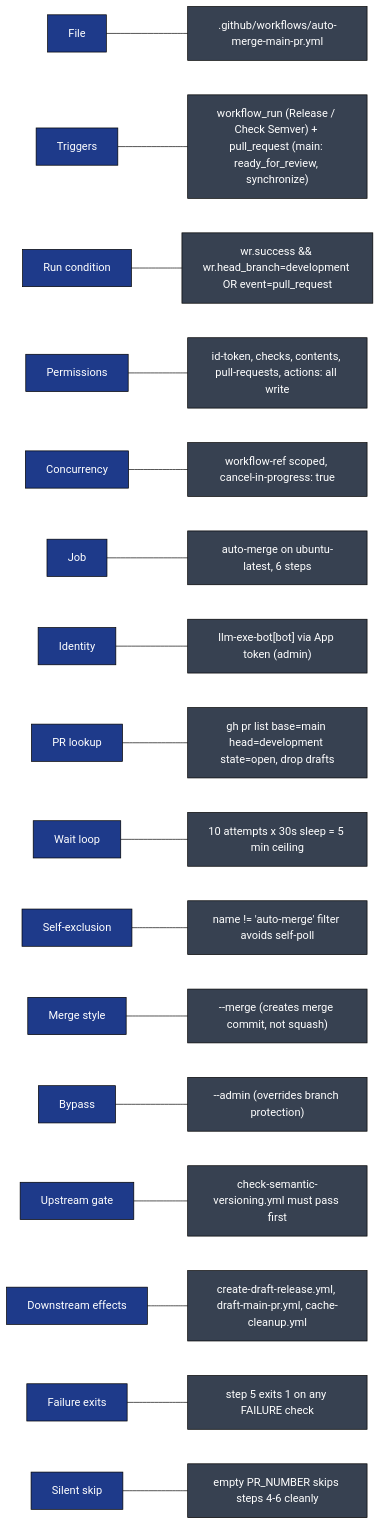
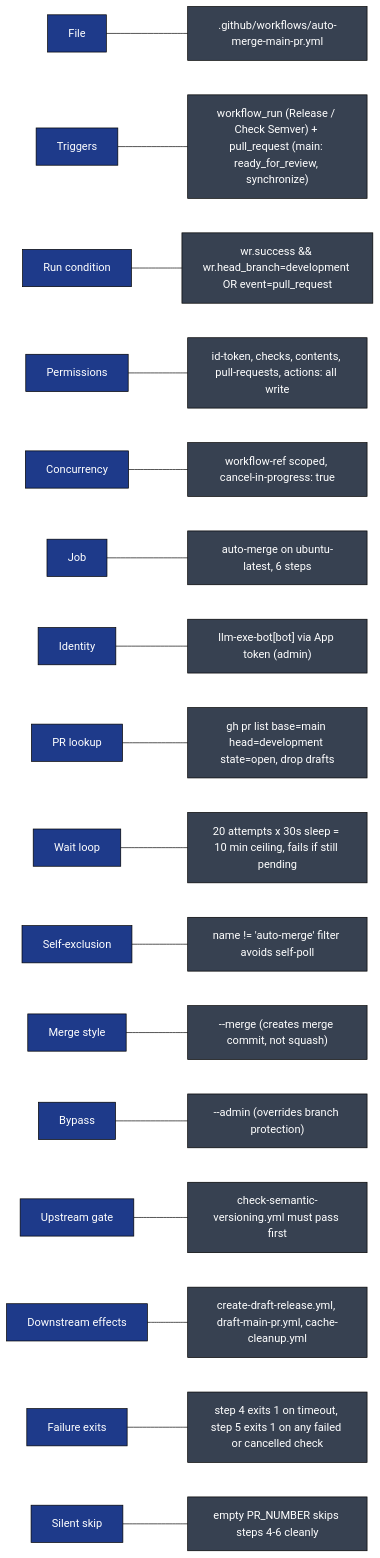
Before and after one commit to llm-exe/llm-exe: diagram 13 of 13 in .github/docs/AUTO_MERGE_MAIN_PR_DEEP_DIVE.md, drawn with Mermaid (base theme). The commit also changed other lines of this file and 2 other files, not shown here.

First line of the commit message:
ci(auto-merge): wait for queued checks and fail closed on timeout

````diff
--- a/.github/docs/AUTO_MERGE_MAIN_PR_DEEP_DIVE.md
+++ b/.github/docs/AUTO_MERGE_MAIN_PR_DEEP_DIVE.md
@@ -536,22 +537,22 @@
 ```mermaid
 flowchart LR
     classDef k fill:#1e3a8a,color:#fff,stroke:#000
     classDef v fill:#374151,color:#fff,stroke:#000
 
     K1["File"]:::k --- V1[".github/workflows/auto-merge-main-pr.yml"]:::v
     K2["Triggers"]:::k --- V2["workflow_run (Release / Check Semver) + pull_request (main: ready_for_review, synchronize)"]:::v
     K3["Run condition"]:::k --- V3["wr.success && wr.head_branch=development OR event=pull_request"]:::v
     K4["Permissions"]:::k --- V4["id-token, checks, contents, pull-requests, actions: all write"]:::v
     K5["Concurrency"]:::k --- V5["workflow-ref scoped, cancel-in-progress: true"]:::v
     K6["Job"]:::k --- V6["auto-merge on ubuntu-latest, 6 steps"]:::v
     K7["Identity"]:::k --- V7["llm-exe-bot[bot] via App token (admin)"]:::v
     K8["PR lookup"]:::k --- V8["gh pr list base=main head=development state=open, drop drafts"]:::v
-    K9["Wait loop"]:::k --- V9["10 attempts x 30s sleep = 5 min ceiling"]:::v
+    K9["Wait loop"]:::k --- V9["20 attempts x 30s sleep = 10 min ceiling, fails if still pending"]:::v
     K10["Self-exclusion"]:::k --- V10["name != 'auto-merge' filter avoids self-poll"]:::v
     K11["Merge style"]:::k --- V11["--merge (creates merge commit, not squash)"]:::v
     K12["Bypass"]:::k --- V12["--admin (overrides branch protection)"]:::v
     K13["Upstream gate"]:::k --- V13["check-semantic-versioning.yml must pass first"]:::v
     K14["Downstream effects"]:::k --- V14["create-draft-release.yml, draft-main-pr.yml, cache-cleanup.yml"]:::v
-    K15["Failure exits"]:::k --- V15["step 5 exits 1 on any FAILURE check"]:::v
+    K15["Failure exits"]:::k --- V15["step 4 exits 1 on timeout, step 5 exits 1 on any failed or cancelled check"]:::v
     K16["Silent skip"]:::k --- V16["empty PR_NUMBER skips steps 4-6 cleanly"]:::v
 ```
````
